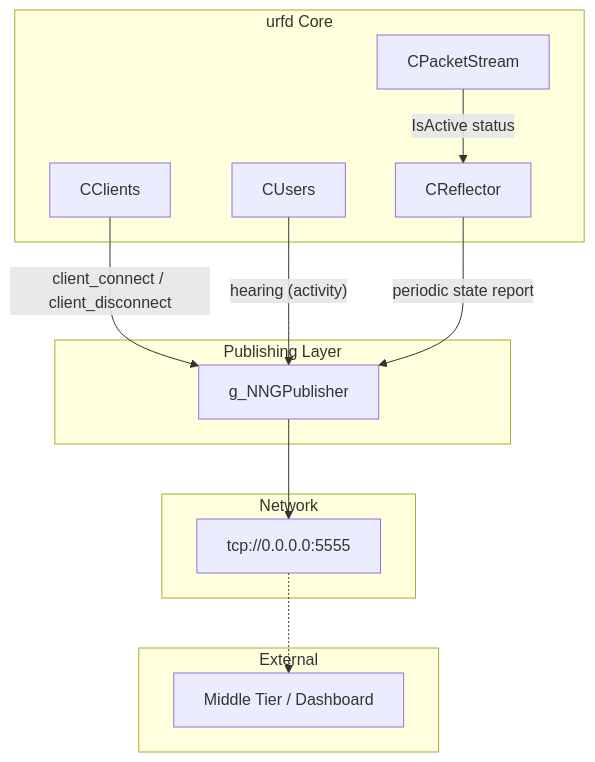
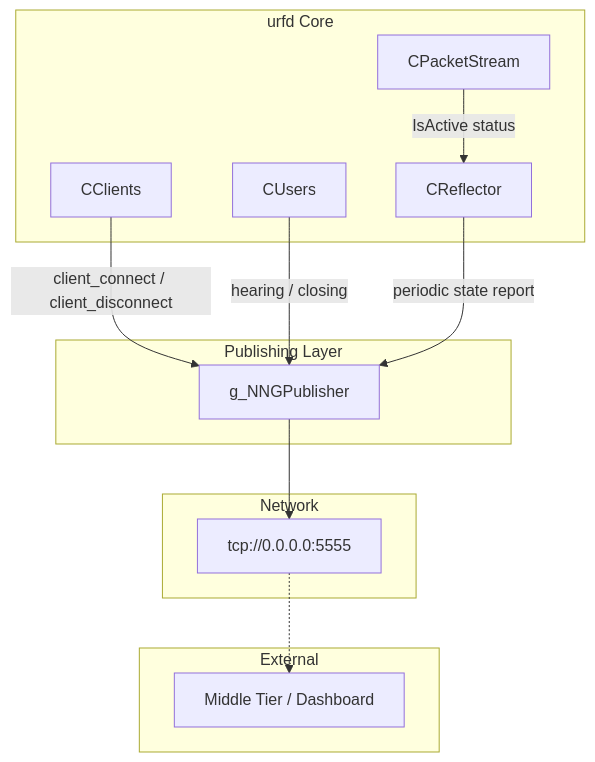
Before and after one commit to nostar/urfd: the diagram in docs/nng.md, drawn with Mermaid. The commit also changed other lines of this file and 13 other files, not shown here.

Commit message:
Implement closing event and fix hearing module in all protocols

````diff
--- a/docs/nng.md
+++ b/docs/nng.md
@@ -9,31 +9,31 @@
 ```mermaid
 graph TD
     subgraph "urfd Core"
         CR["CReflector"]
         CC["CClients"]
         CU["CUsers"]
         PS["CPacketStream"]
     end
 
     subgraph "Publishing Layer"
         NP["g_NNGPublisher"]
     end
 
     subgraph "Network"
         ADDR["tcp://0.0.0.0:5555"]
     end
 
     subgraph "External"
         MT["Middle Tier / Dashboard"]
     end
 
     %% Internal Flows
     CC -- "client_connect / client_disconnect" --> NP
-    CU -- "hearing (activity)" --> NP
+    CU -- "hearing / closing" --> NP
     CR -- "periodic state report" --> NP
     PS -- "IsActive status" --> CR
 
     %% Network Flow
     NP --> ADDR
     ADDR -.-> MT
 ```
````
